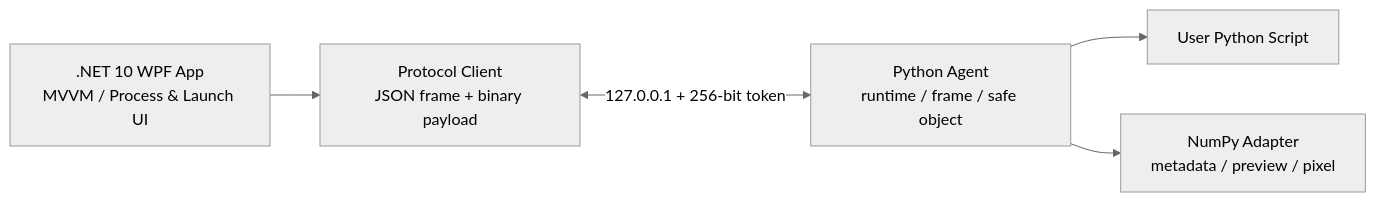
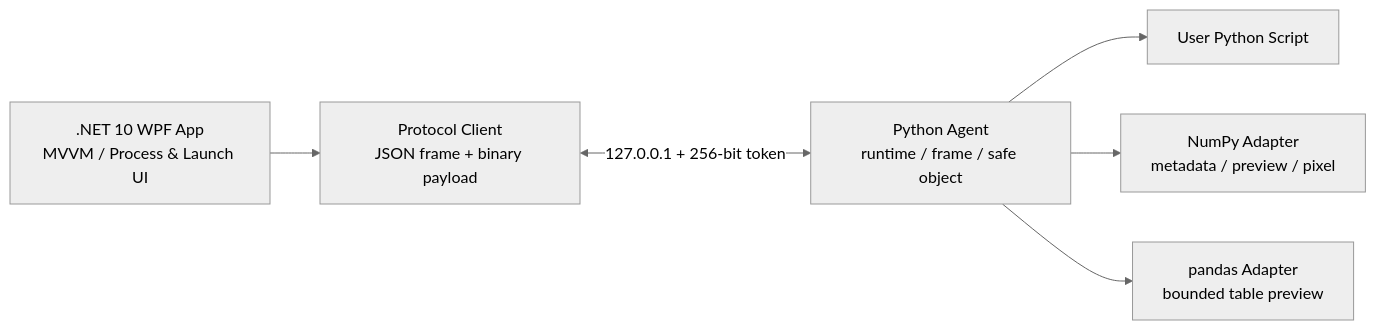
One commit to MouseBall54/PyMonitor changed the diagram in README.md. Above: the diagram before and after it, drawn with Mermaid (neutral theme). The commit also changed other lines of this file and 12 other files, not shown here.

````diff
--- a/README.md
+++ b/README.md
@@ -33,13 +36,15 @@
 ```mermaid
 flowchart LR
     UI[".NET 10 WPF App<br/>MVVM / Process & Launch UI"]
     Protocol["Protocol Client<br/>JSON frame + binary payload"]
     Agent["Python Agent<br/>runtime / frame / safe object"]
     Target["User Python Script"]
     Array["NumPy Adapter<br/>metadata / preview / pixel"]
+    DataFrame["pandas Adapter<br/>bounded table preview"]
 
     UI --> Protocol
     Protocol <-->|"127.0.0.1 + 256-bit token"| Agent
     Agent --> Target
     Agent --> Array
+    Agent --> DataFrame
 ```
````
